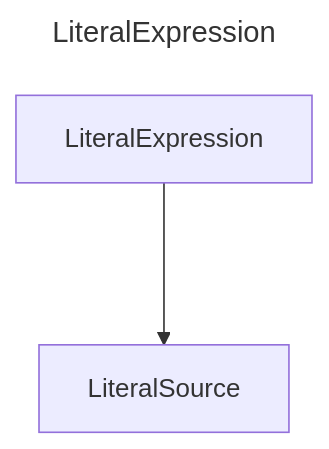
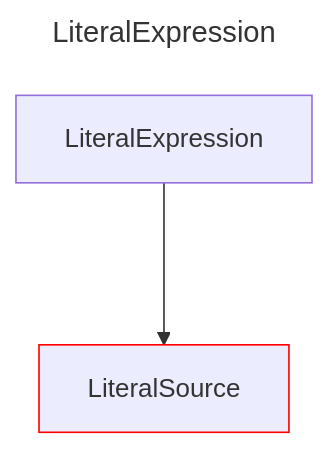
The diagram in docs/docs/layout/erd/LiteralExpression.md (douglassimonsen/pbi_core), drawn with Mermaid before and after one commit. The commit also changed 77 other files, not shown here.

Commit message:
Updated to color code the layout ERD

````diff
--- a/docs/docs/layout/erd/LiteralExpression.md
+++ b/docs/docs/layout/erd/LiteralExpression.md
@@ -1,9 +1,10 @@
 ```mermaid
 ---
 title: LiteralExpression
 ---
 graph 
-2721641835424["LiteralExpression"]
-2721642022816["LiteralSource"]
-2721641835424 ---> 2721642022816
+2430071887056["LiteralExpression"]
+2430071816784["LiteralSource"]
+style 2430071816784 stroke:#ff0000,stroke-width:1px
+2430071887056 ---> 2430071816784
 ```
````
